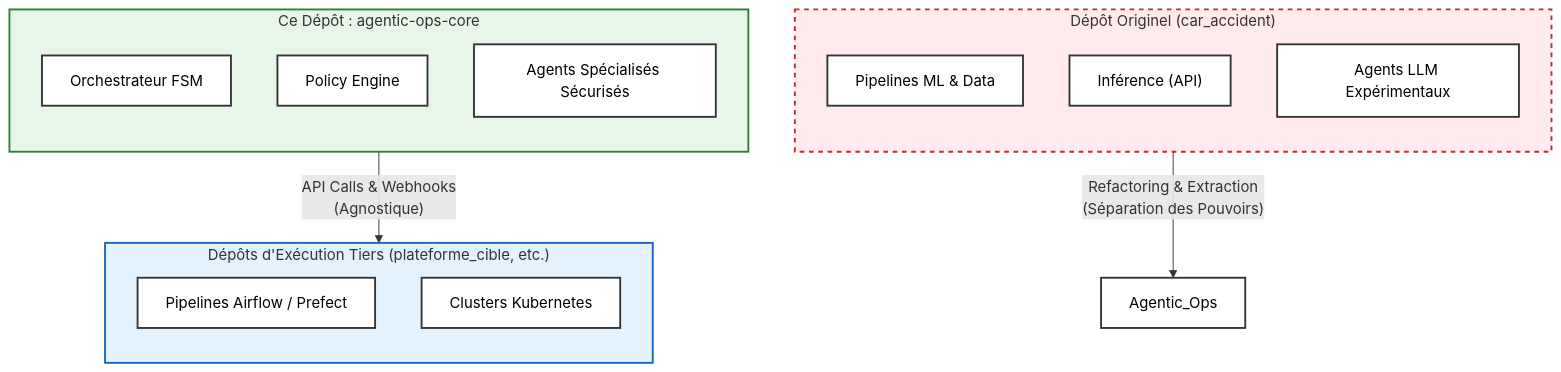
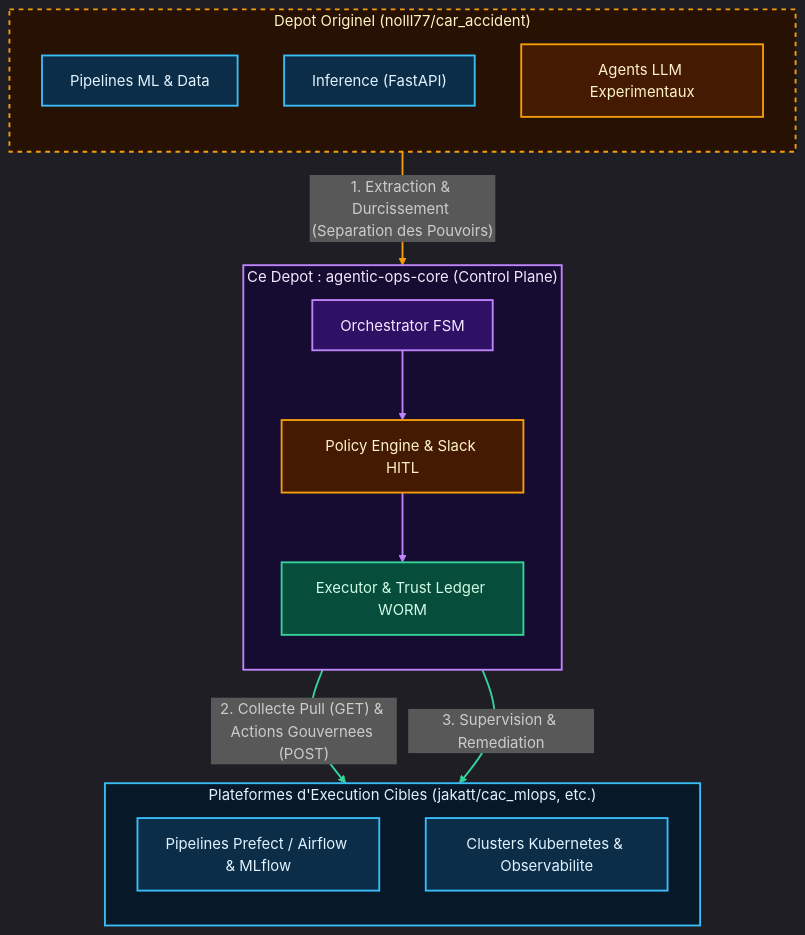
Before and after one commit to nolll77/agentic-ops: the diagram in GENESIS.md, drawn with Mermaid. The commit also changed other lines of this file and 1 other file, not shown here.

Commit message:
fix(docs): fix broken Mermaid syntax, apply Dark-Mode palette, strip emojis and generalize terms in INTEGRATION_GUIDE.md and GENESIS.md

````diff
--- a/GENESIS.md
+++ b/GENESIS.md
@@ -27,46 +27,43 @@
 ```mermaid
+%%{init: {'theme': 'dark', 'themeVariables': {'lineColor': '#94a3b8', 'primaryTextColor': '#f8fafc'}}}%%
 flowchart TD
 
-    %% Style global pour lisibilité (Thème Clair forcé)
-    classDef default fill:#ffffff,stroke:#333333,stroke-width:2px,color:#000000;
-    classDef agentic fill:#f3e5f5,stroke:#8e24aa,stroke-width:2px,color:#000000;
-    classDef cible fill:#e3f2fd,stroke:#1976d2,stroke-width:2px,color:#000000;
-    classDef alert fill:#ffebee,stroke:#d32f2f,stroke-width:2px,color:#000000;
-    %% Historique
-    subgraph Monorepo_Historique ["Dépôt Originel (car_accident)"]
+    classDef platform fill:#0c2d48,stroke:#38bdf8,stroke-width:2px,color:#e0f2fe;
+    classDef cognitive fill:#2e1065,stroke:#c084fc,stroke-width:2px,color:#f3e8ff;
+    classDef guardrail fill:#451a03,stroke:#f59e0b,stroke-width:2px,color:#fef3c7;
+    classDef executor fill:#064e3b,stroke:#34d399,stroke-width:2px,color:#d1fae5;
+
+    subgraph Monorepo_Historique ["Depot Originel (nolll77/car_accident)"]
         direction TB
-        Pipeline_ML["Pipelines ML & Data"]
-        Inference["Inférence (API)"]
-        Exp_Agents["Agents LLM Expérimentaux"]
+        Pipeline_ML["Pipelines ML & Data"]:::platform
+        Inference["Inference (FastAPI)"]:::platform
+        Exp_Agents["Agents LLM Experimentaux"]:::guardrail
     end
 
-    %% Le Spin-off
-    Exp_Agents -- "Refactoring & Extraction
-(Séparation des Pouvoirs)" --> Agentic_Ops
-
-    %% Nouvelle Architecture
-    subgraph Dépôt_Agentic_Ops ["Ce Dépôt : agentic-ops-core"]
+    subgraph Depot_Agentic_Ops ["Ce Depot : agentic-ops-core (Control Plane)"]
         direction TB
-        Orchestrateur["Orchestrateur FSM"]
-        Policy["Policy Engine"]
-        Sec_Agents["Agents Spécialisés Sécurisés"]
+        Orchestrateur["Orchestrator FSM"]:::cognitive
+        Policy["Policy Engine & Slack HITL"]:::guardrail
+        Sec_Agents["Executor & Trust Ledger WORM"]:::executor
     end
 
-    subgraph Dépôts_Cibles ["Dépôts d'Exécution Tiers (plateforme_cible, etc.)"]
+    subgraph Depots_Cibles ["Plateformes d'Execution Cibles (jakatt/cac_mlops, etc.)"]
         direction TB
-        External_Pipelines["Pipelines Airflow / Prefect"]
-        External_K8s["Clusters Kubernetes"]
+        External_Pipelines["Pipelines Prefect / Airflow & MLflow"]:::platform
+        External_K8s["Clusters Kubernetes & Observabilite"]:::platform
     end
 
-    Dépôt_Agentic_Ops -- "API Calls & Webhooks
-(Agnostique)" --> Dépôts_Cibles
+    style Monorepo_Historique fill:#271102,stroke:#f59e0b,stroke-width:2px,stroke-dasharray: 5 5,color:#fef3c7
+    style Depot_Agentic_Ops fill:#160b30,stroke:#c084fc,stroke-width:2px,color:#f3e8ff
+    style Depots_Cibles fill:#071929,stroke:#38bdf8,stroke-width:2px,color:#e0f2fe
 
-    %% Style
-    classDef old fill:#ffebee,stroke:#c62828,stroke-width:2px,stroke-dasharray: 5 5;
-    classDef new fill:#e8f5e9,stroke:#2e7d32,stroke-width:2px;
-    classDef target fill:#e3f2fd,stroke:#1565c0,stroke-width:2px;
-    
-    class Monorepo_Historique old;
-    class Dépôt_Agentic_Ops new;
-    class Dépôts_Cibles target;
+    Exp_Agents -- "1. Extraction & Durcissement (Separation des Pouvoirs)" --> Orchestrateur
+    Orchestrateur --> Policy
+    Policy --> Sec_Agents
+    Sec_Agents -- "2. Collecte Pull (GET) & Actions Gouvernees (POST)" --> External_Pipelines
+    Sec_Agents -- "3. Supervision & Remediation" --> External_K8s
+
+    linkStyle 0 stroke:#f59e0b,stroke-width:2px;
+    linkStyle 1,2 stroke:#c084fc,stroke-width:2px;
+    linkStyle 3,4 stroke:#34d399,stroke-width:2px;
 ```
````
